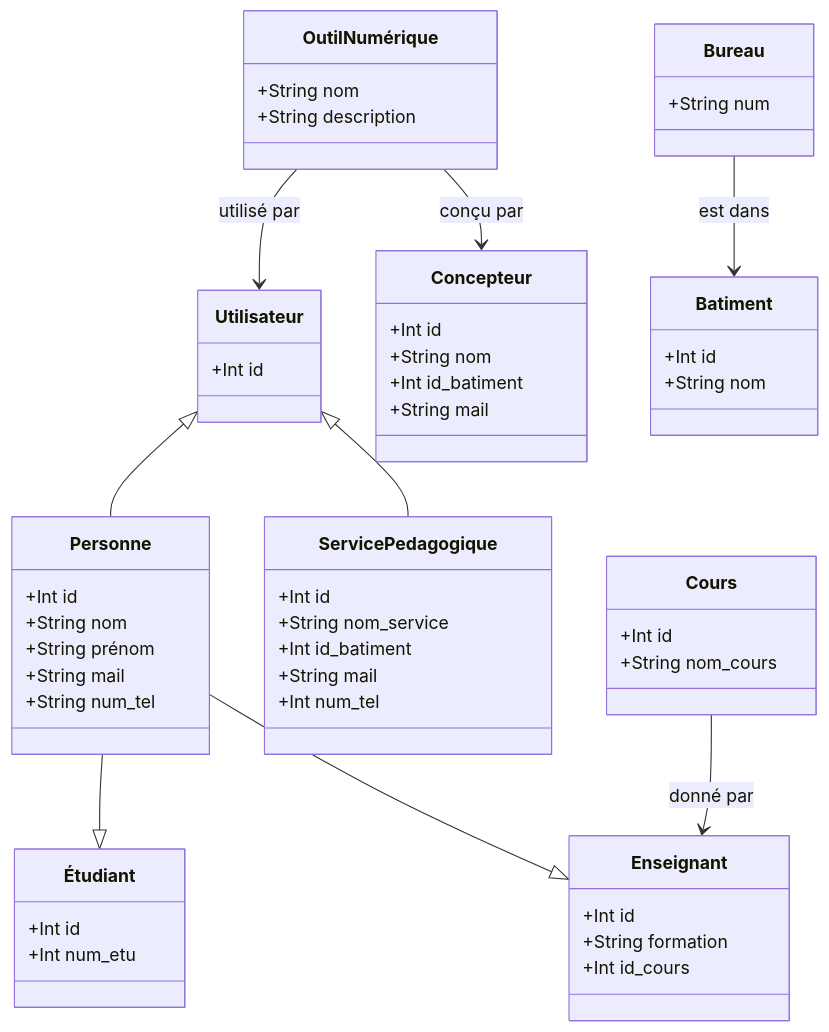
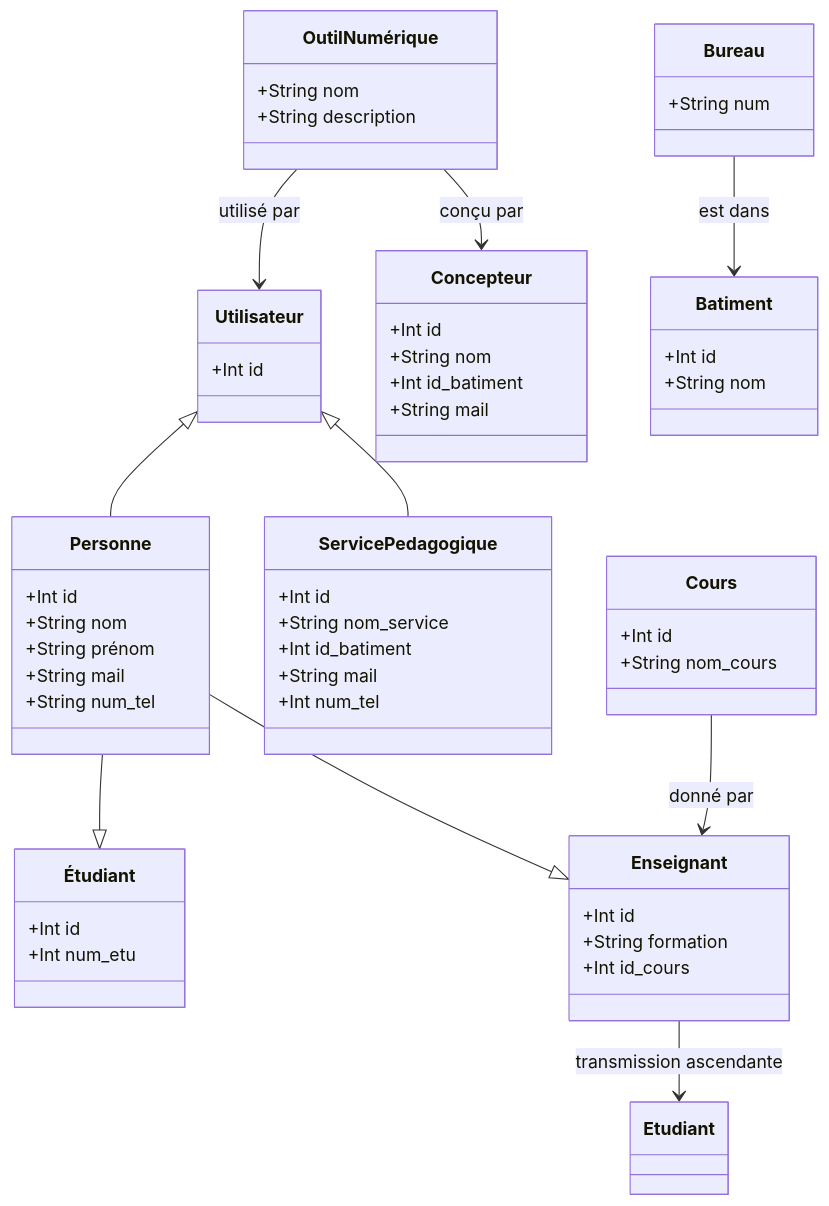
Before and after one commit to lmimouni-rim/EDUCATION: the diagram in class.md, drawn with Mermaid.

````diff
--- a/class.md
+++ b/class.md
@@ -1,62 +1,63 @@
 ```mermaid
 
 classDiagram
     class Utilisateur
     Utilisateur <|-- Personne
     Utilisateur <|-- ServicePedagogique
     Utilisateur : +Int id
 
     class Personne
     Personne --|> Étudiant
     Personne --|>Enseignant
     Personne : +Int id
     Personne : +String nom
     Personne : +String prénom
     Personne : +String mail
     Personne : +String num_tel
     
     class Étudiant
     Étudiant : +Int id
     Étudiant : +Int num_etu
 
     class Enseignant 
     Enseignant : +Int id
     Enseignant : +String formation 
     Enseignant : +Int id_cours
 
  
     class ServicePedagogique
     ServicePedagogique : +Int id
     ServicePedagogique : +String nom_service
     ServicePedagogique : +Int id_batiment 
     ServicePedagogique : +String mail 
     ServicePedagogique : +Int num_tel 
 
     class Concepteur
     Concepteur : +Int id
     Concepteur : +String nom
     Concepteur : +Int id_batiment
     Concepteur : +String mail 
     
     class OutilNumérique 
     OutilNumérique --> Utilisateur : utilisé par
     OutilNumérique --> Concepteur: conçu par
     OutilNumérique : +String nom
     OutilNumérique : +String description
 
     class Cours
     Cours : +Int id
     Cours : +String nom_cours
 
     class Batiment
     Batiment : +Int id
     Batiment : +String nom
 
     class Bureau
     Bureau --> Batiment : est dans
     Bureau : +String num
 
     Cours --> Enseignant : donné par
+    Enseignant --> Etudiant : transmission ascendante
 
  
 ```
````
